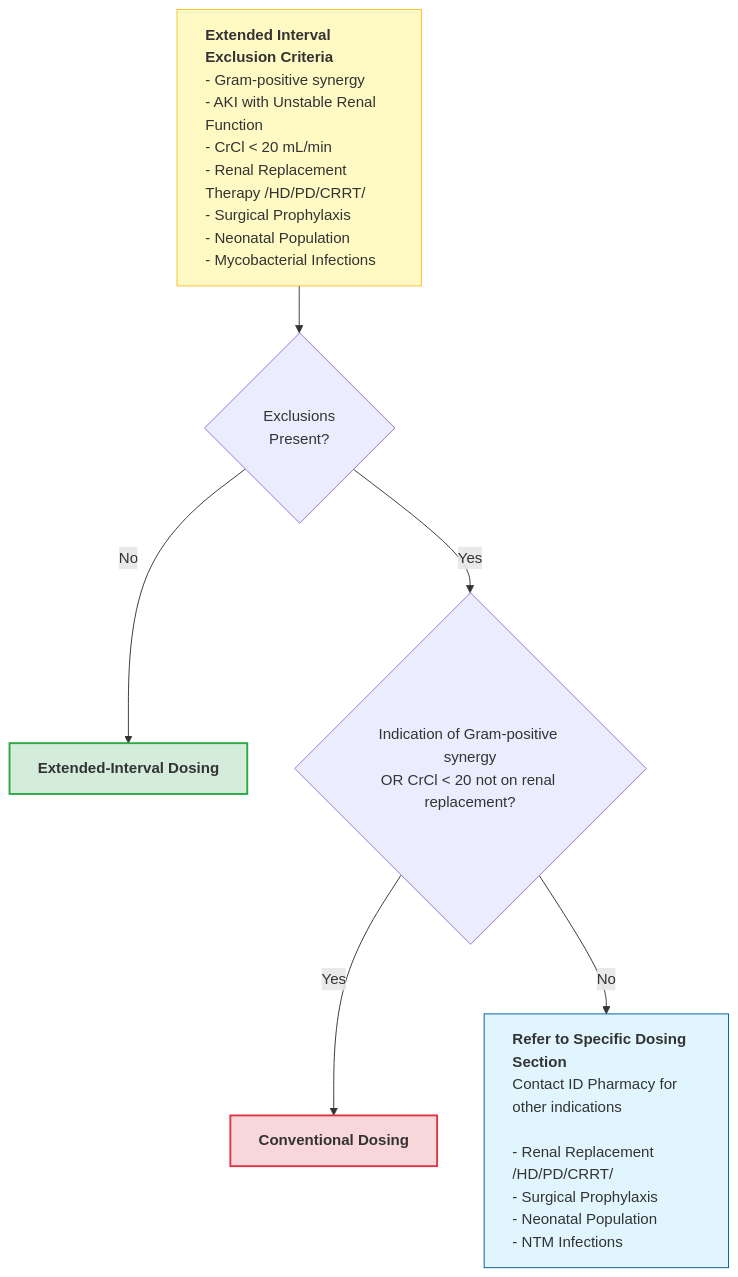
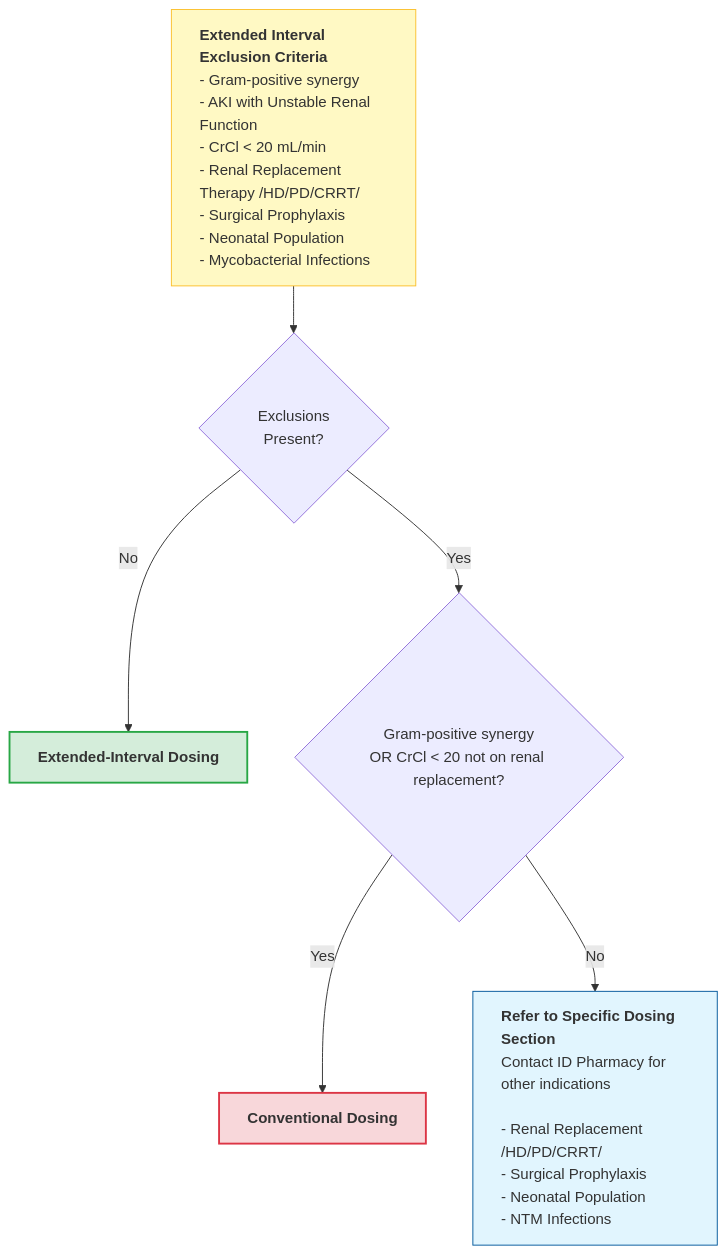
Before and after one commit to shemtsai/Aminoglycoside-Calculator: the diagram in dosing-strategy.md, drawn with Mermaid.

Commit message:
Clarify decision point wording in dosing strategy

````diff
--- a/dosing-strategy.md
+++ b/dosing-strategy.md
@@ -39,33 +39,33 @@
 ```mermaid
 flowchart TD
     %% Step 1: Initial Checklist
     Start["<b>Extended Interval Exclusion Criteria</b><br/>- Gram-positive synergy<br/>- AKI with Unstable Renal Function<br/>- CrCl < 20 mL/min<br/>- Renal Replacement Therapy /HD/PD/CRRT/<br/>- Surgical Prophylaxis<br/>- Neonatal Population<br/>- Mycobacterial Infections"] 
     
     Start --> B{Exclusions<br/>Present?}
     
     %% Path to EI
     B -- No --> EI["<b>Extended-Interval Dosing</b>"]
 
     %% Path to second decision
-    B -- Yes --> C{"Indication of Gram-positive synergy<br/>OR CrCl < 20 not on renal replacement?"}
+    B -- Yes --> C{"Gram-positive synergy<br/>OR CrCl < 20 not on renal replacement?"}
     
     %% Final Outcomes
     C -- Yes --> Conv["<b>Conventional Dosing</b>"]
     
     C -- No --> D["<b>Refer to Specific Dosing Section</b><br/>Contact ID Pharmacy for other indications<br/><br/>- Renal Replacement /HD/PD/CRRT/<br/>- Surgical Prophylaxis<br/>- Neonatal Population<br/>- NTM Infections"]
 
     %% STYLING SECTION
     classDef wideBox min-width:400px,text-align:left;
     classDef outcomeBox min-width:300px,text-align:center;
     classDef diamond padding:20px;
 
     class Start,D wideBox;
     class EI,Conv outcomeBox;
     class B,C diamond;
 
     %% Individual Colors
     style Start fill:#fff9c4,stroke:#fbc02d
     style EI fill:#d4edda,stroke:#28a745,stroke-width:2px
     style Conv fill:#f8d7da,stroke:#dc3545,stroke-width:2px
     style D fill:#e1f5fe,stroke:#01579b
 ```
````
